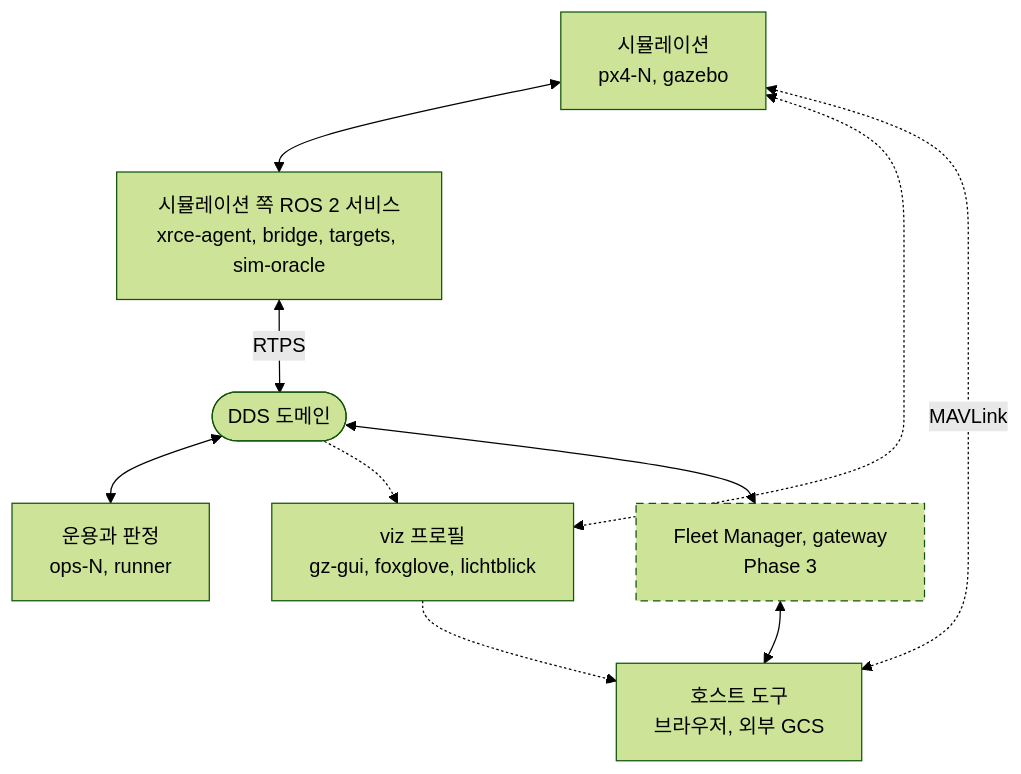
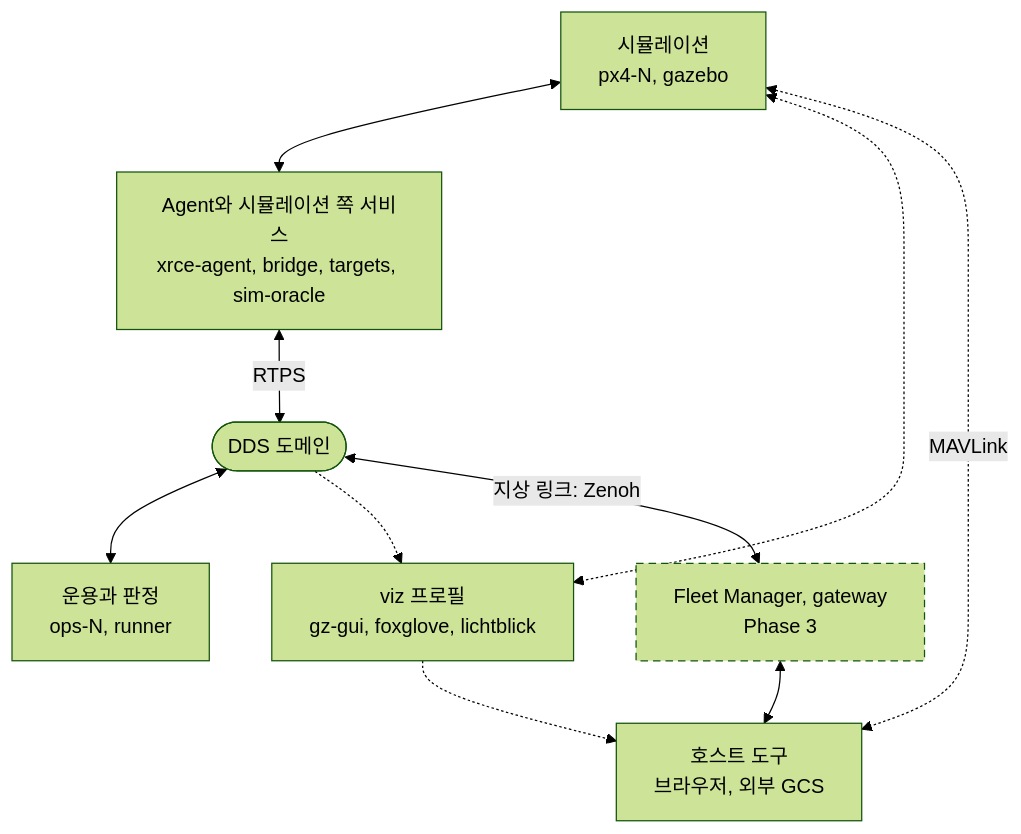
One commit to danielhongwoo/idsim changed the fourth of 9 diagrams in docs/architecture.md. Above: the diagram before and after it, drawn with Mermaid (forest theme). The commit also changed other lines of this file and 2 other files, not shown here.

````diff
--- a/docs/architecture.md
+++ b/docs/architecture.md
@@ -268,23 +277,23 @@
 ```mermaid
 flowchart TB
   SIM["시뮬레이션<br/>px4-N, gazebo"]
-  LINK["시뮬레이션 쪽 ROS 2 서비스<br/>xrce-agent, bridge, targets, sim-oracle"]
+  LINK["Agent와 시뮬레이션 쪽 서비스<br/>xrce-agent, bridge, targets, sim-oracle"]
   DDS(["DDS 도메인"])
   ROS["운용과 판정<br/>ops-N, runner"]
   VIZ["viz 프로필<br/>gz-gui, foxglove, lichtblick"]
   HOST["호스트 도구<br/>브라우저, 외부 GCS"]
   EXT["Fleet Manager, gateway<br/>Phase 3"]
 
   SIM <--> LINK
   LINK <-->|"RTPS"| DDS
   DDS <--> ROS
   SIM <-.-> VIZ
   DDS -.-> VIZ
   VIZ -.-> HOST
   SIM <-.->|"MAVLink"| HOST
-  DDS <--> EXT
+  DDS <-->|"지상 링크: Zenoh"| EXT
   EXT <--> HOST
 
   classDef later stroke-dasharray: 6 4
   class EXT later
 ```
````
